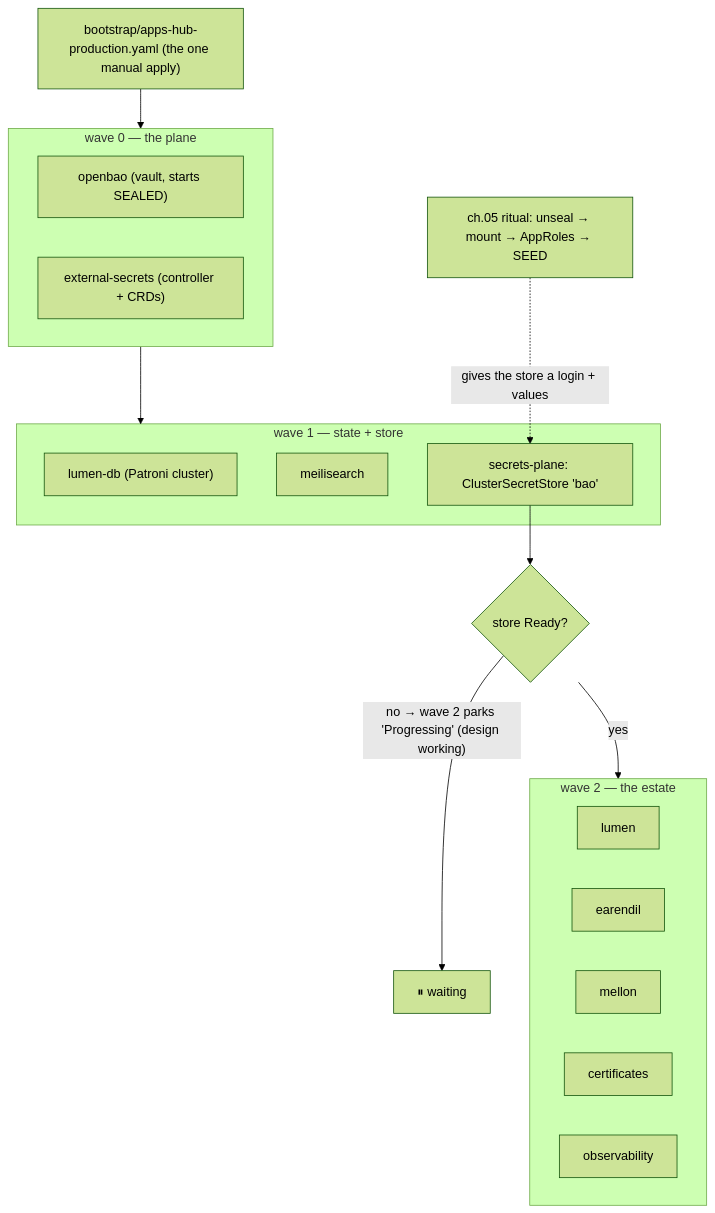
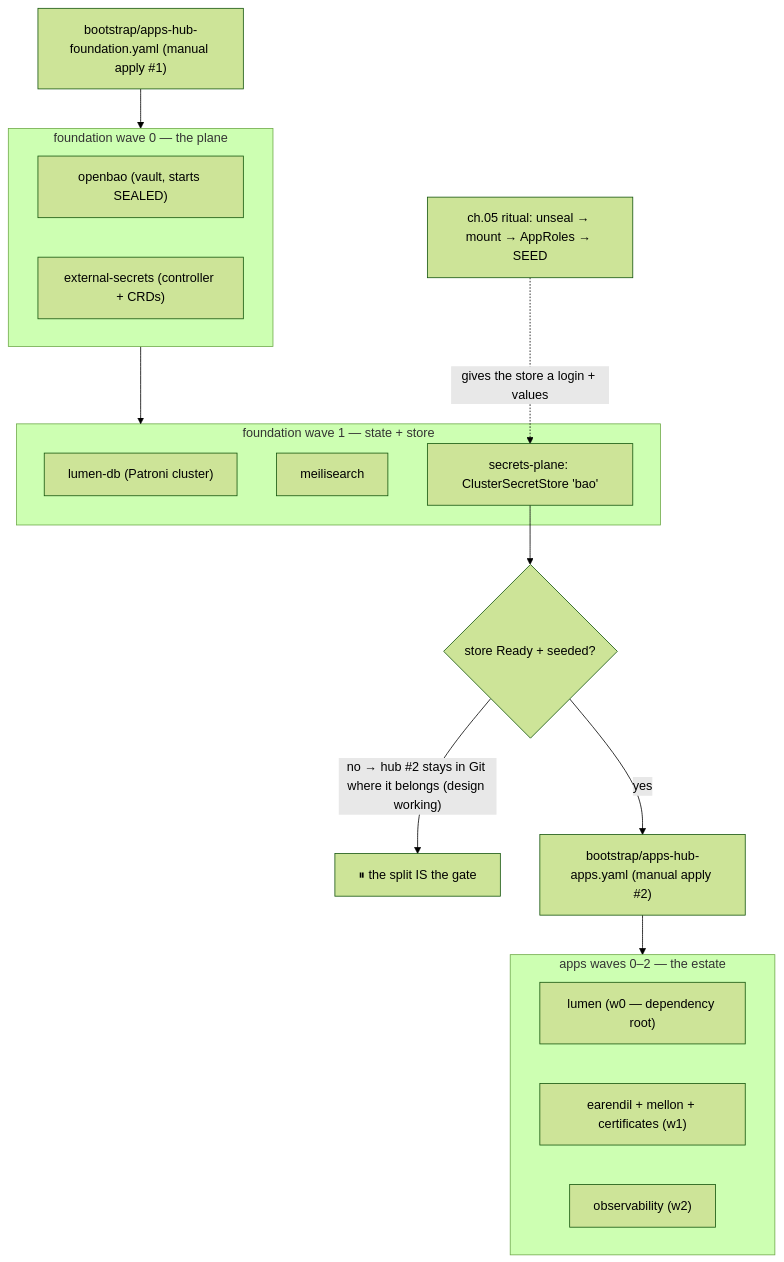
Before and after one commit to kanatabi/omicron: the diagram in runbook/04-gitops.md, drawn with Mermaid (forest theme). The commit also changed other lines of this file and 12 other files, not shown here.

````diff
--- a/runbook/04-gitops.md
+++ b/runbook/04-gitops.md
@@ -116,25 +134,24 @@
 ```mermaid
 flowchart TD
-    HUB["bootstrap/apps-hub-production.yaml (the one manual apply)"] --> W0
-    subgraph W0["wave 0 — the plane"]
+    F["bootstrap/apps-hub-foundation.yaml (manual apply #1)"] --> W0
+    subgraph W0["foundation wave 0 — the plane"]
         BAO["openbao (vault, starts SEALED)"]
         ESO["external-secrets (controller + CRDs)"]
     end
     W0 --> W1
-    subgraph W1["wave 1 — state + store"]
+    subgraph W1["foundation wave 1 — state + store"]
         DB["lumen-db (Patroni cluster)"]
         MEILI["meilisearch"]
         STORE["secrets-plane: ClusterSecretStore 'bao'"]
     end
     CH5["ch.05 ritual: unseal → mount → AppRoles → SEED"] -.->|"gives the store a login + values"| STORE
-    STORE --> GATE{"store Ready?"}
-    GATE -->|"no → wave 2 parks 'Progressing' (design working)"| HOLD["⏸ waiting"]
-    GATE -->|"yes"| W2
-    subgraph W2["wave 2 — the estate"]
-        LUMEN["lumen"]
-        EAR["earendil"]
-        MEL["mellon"]
-        CERT["certificates"]
-        OBS["observability"]
+    STORE --> GATE{"store Ready + seeded?"}
+    GATE -->|"no → hub #2 stays in Git where it belongs (design working)"| HOLD["⏸ the split IS the gate"]
+    GATE -->|"yes"| A["bootstrap/apps-hub-apps.yaml (manual apply #2)"]
+    A --> V0
+    subgraph V0["apps waves 0–2 — the estate"]
+        LUMEN["lumen (w0 — dependency root)"]
+        EAR["earendil + mellon + certificates (w1)"]
+        OBS["observability (w2)"]
     end
 ```
````
